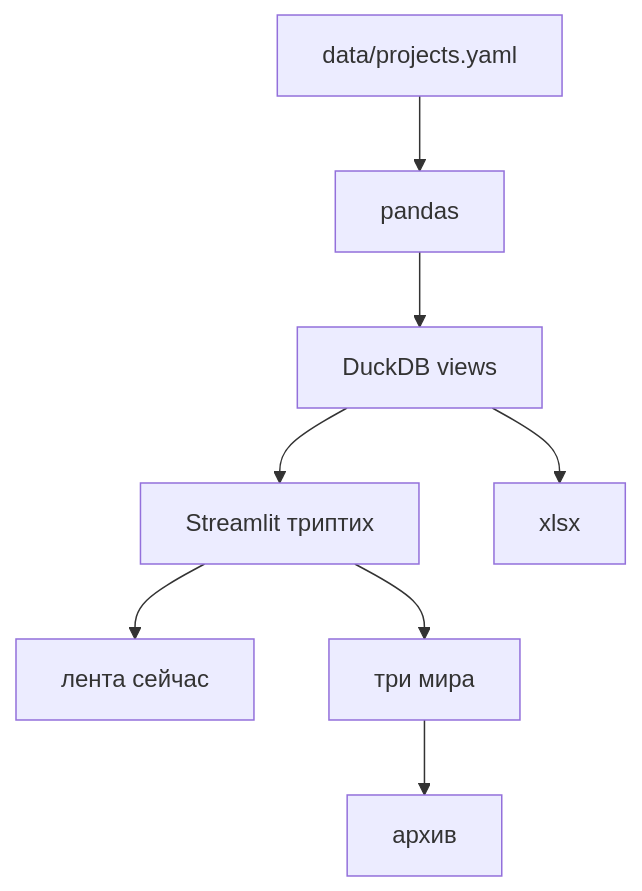
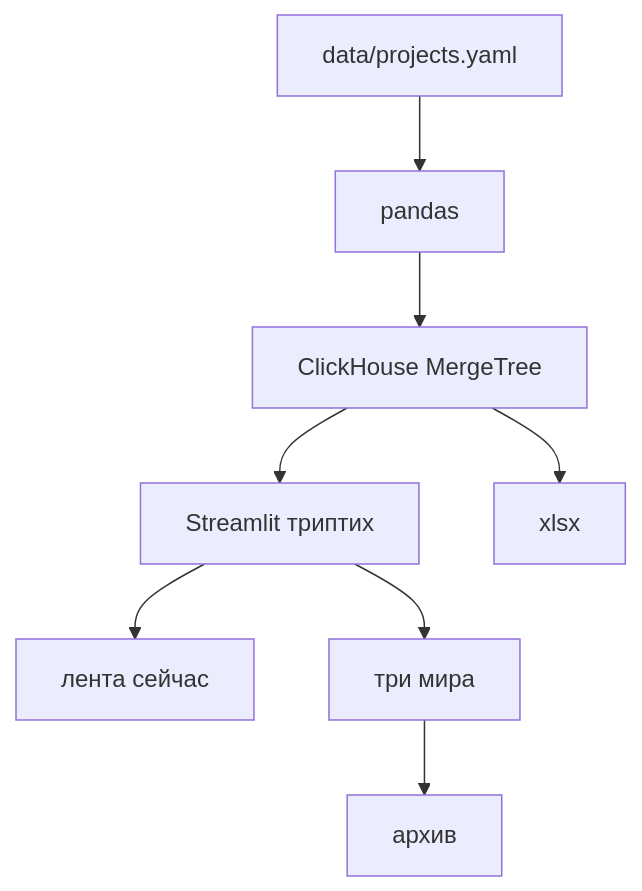
Before and after one commit to ValDagon/personal-dashboard: the diagram in docs/10-product-spec.md, drawn with Mermaid. The commit also changed other lines of this file and 15 other files, not shown here.

````diff
--- a/docs/10-product-spec.md
+++ b/docs/10-product-spec.md
@@ -55,10 +57,10 @@
 ```mermaid
 flowchart TB
   yaml["data/projects.yaml"] --> pandas["pandas"]
-  pandas --> duck["DuckDB views"]
-  duck --> st["Streamlit триптих"]
+  pandas --> ch["ClickHouse MergeTree"]
+  ch --> st["Streamlit триптих"]
   st --> now["лента сейчас"]
   st --> cols["три мира"]
   cols --> arch["архив"]
-  duck --> xlsx["xlsx"]
+  ch --> xlsx["xlsx"]
 ```
````
